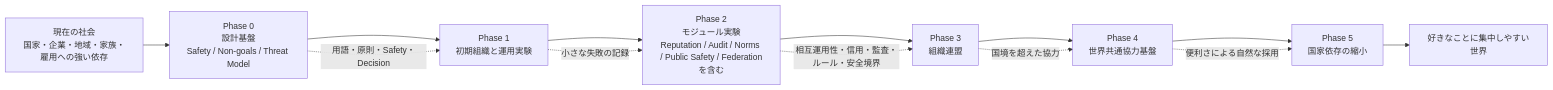
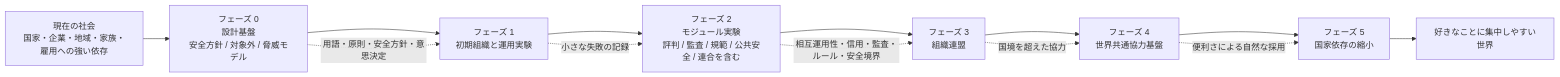
Before and after one commit to acecore-systems/world-foundation: the diagram in assets/diagrams/04-transition-roadmap.md, drawn with Mermaid. The commit also changed other lines of this file and 47 other files, not shown here.

````diff
--- a/assets/diagrams/04-transition-roadmap.md
+++ b/assets/diagrams/04-transition-roadmap.md
@@ -5,25 +5,25 @@
 ```mermaid
 flowchart LR
   Current["現在の社会<br/>国家・企業・地域・家族・雇用への強い依存"]
-  P0["Phase 0<br/>設計基盤<br/>Safety / Non-goals / Threat Model"]
-  P1["Phase 1<br/>初期組織と運用実験"]
-  P2["Phase 2<br/>モジュール実験<br/>Reputation / Audit / Norms / Public Safety / Federationを含む"]
-  P3["Phase 3<br/>組織連盟"]
-  P4["Phase 4<br/>世界共通協力基盤"]
-  P5["Phase 5<br/>国家依存の縮小"]
+  P0["フェーズ 0<br/>設計基盤<br/>安全方針 / 対象外 / 脅威モデル"]
+  P1["フェーズ 1<br/>初期組織と運用実験"]
+  P2["フェーズ 2<br/>モジュール実験<br/>評判 / 監査 / 規範 / 公共安全 / 連合を含む"]
+  P3["フェーズ 3<br/>組織連盟"]
+  P4["フェーズ 4<br/>世界共通協力基盤"]
+  P5["フェーズ 5<br/>国家依存の縮小"]
   Future["好きなことに集中しやすい世界"]
 
   Current --> P0 --> P1 --> P2 --> P3 --> P4 --> P5 --> Future
 
-  P0 -. "用語・原則・Safety・Decision" .-> P1
+  P0 -. "用語・原則・安全方針・意思決定" .-> P1
   P1 -. "小さな失敗の記録" .-> P2
   P2 -. "相互運用性・信用・監査・ルール・安全境界" .-> P3
   P3 -. "国境を超えた協力" .-> P4
   P4 -. "便利さによる自然な採用" .-> P5
 
-  click P0 "../../docs/ja/03-roadmap.md" "Roadmap"
-  click P2 "../../modules/ja/README.md" "Modules"
-  click P3 "../../modules/ja/federation/README.md" "Federation"
+  click P0 "../../docs/ja/03-roadmap.md" "ロードマップ"
+  click P2 "../../modules/ja/README.md" "モジュール"
+  click P3 "../../modules/ja/federation/README.md" "連合"
   click P5 "../../assets/diagrams/08-non-coercive-adoption.md" "Non-coercive adoption"
-  click Future "../../docs/ja/00-vision.md" "Vision"
+  click Future "../../docs/ja/00-vision.md" "ビジョン"
 ```
````
